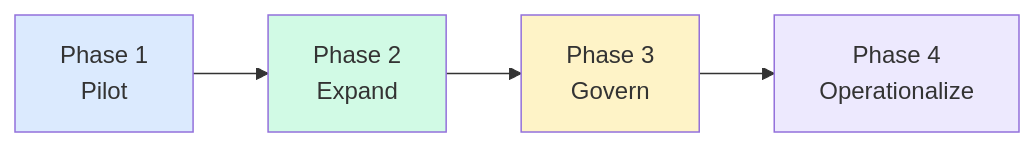
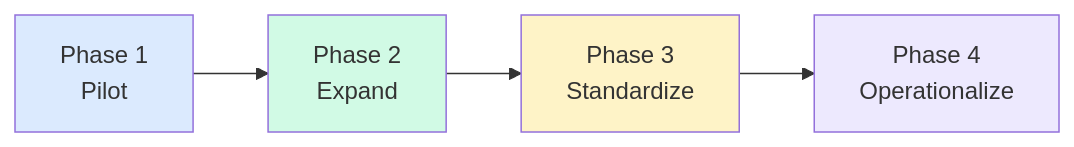
The diagram in slides/pages/303/rollout-patterns.md (juangcarmona/github_copilot_000_hub), drawn with Mermaid before and after one commit. The commit also changed other lines of this file and 201 other files, not shown here.

````diff
--- a/slides/pages/303/rollout-patterns.md
+++ b/slides/pages/303/rollout-patterns.md
@@ -8,9 +8,9 @@
 ```mermaid
 graph LR
-    A[Phase 1<br/>Pilot] --> B[Phase 2<br/>Expand] --> C[Phase 3<br/>Govern] --> D[Phase 4<br/>Operationalize]
+    A[Phase 1<br/>Pilot] --> B[Phase 2<br/>Expand] --> C[Phase 3<br/>Standardize] --> D[Phase 4<br/>Operationalize]
     
     style A fill:#dbeafe
     style B fill:#d1fae5
     style C fill:#fef3c7
     style D fill:#ede9fe
 ```
````
